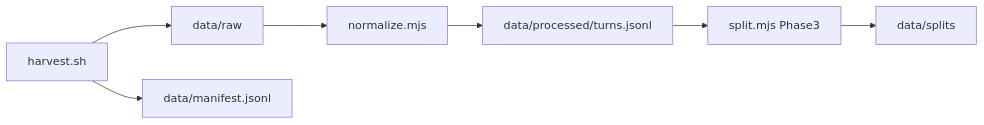
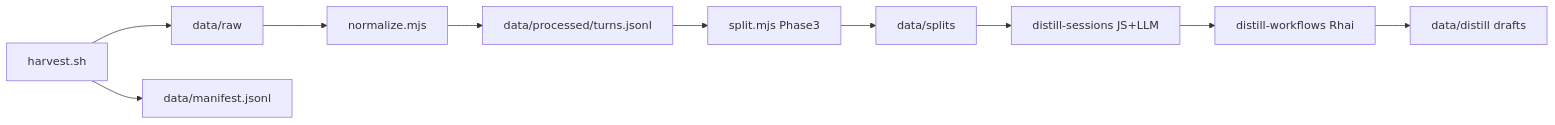
One commit to p10ns11y/agent-prompt-tuning-lab changed the diagram in docs/PIPELINE.md. Above: the diagram before and after it, drawn with Mermaid. The commit also changed other lines of this file and 14 other files, not shown here.

````diff
--- a/docs/PIPELINE.md
+++ b/docs/PIPELINE.md
@@ -3,15 +3,19 @@
 ```mermaid
 flowchart LR
   harvest[harvest.sh]
   raw[data/raw]
   manifest[data/manifest.jsonl]
   norm[normalize.mjs]
   turns[data/processed/turns.jsonl]
   split[split.mjs Phase3]
   out[data/splits]
+  distillSess[distill-sessions JS+LLM]
+  distillWf[distill-workflows Rhai]
+  drafts[data/distill drafts]
 
   harvest --> raw
   harvest --> manifest
   raw --> norm --> turns
   turns --> split --> out
+  out --> distillSess --> distillWf --> drafts
 ```
````
